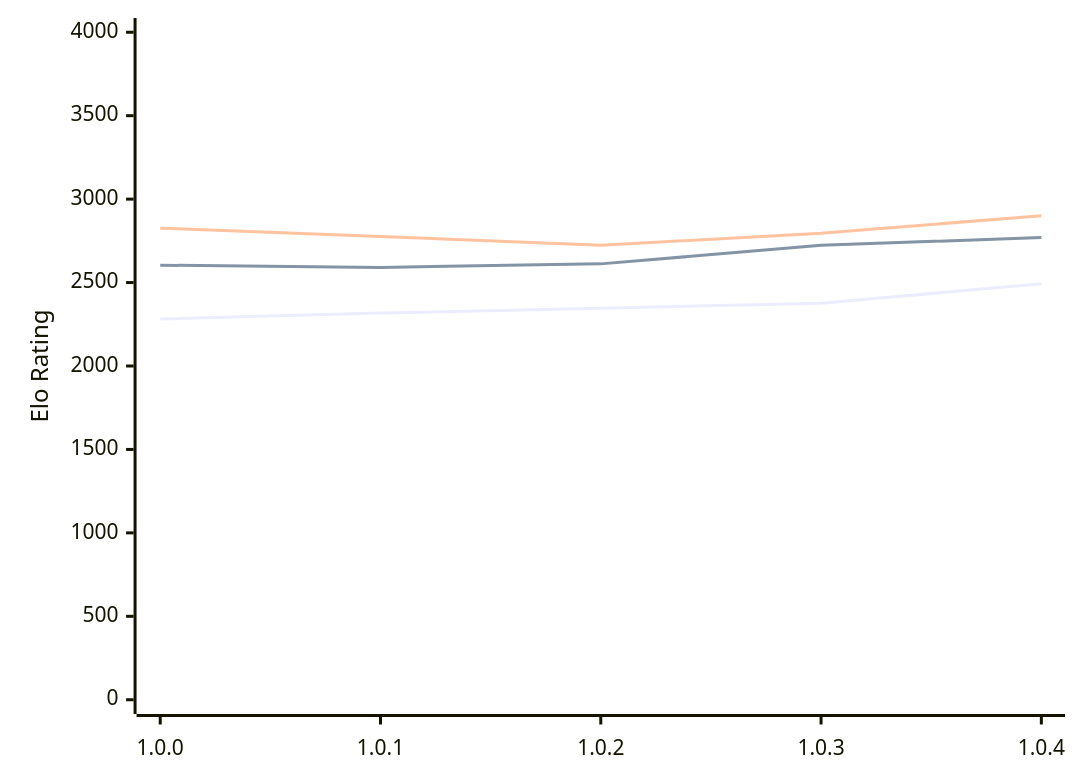
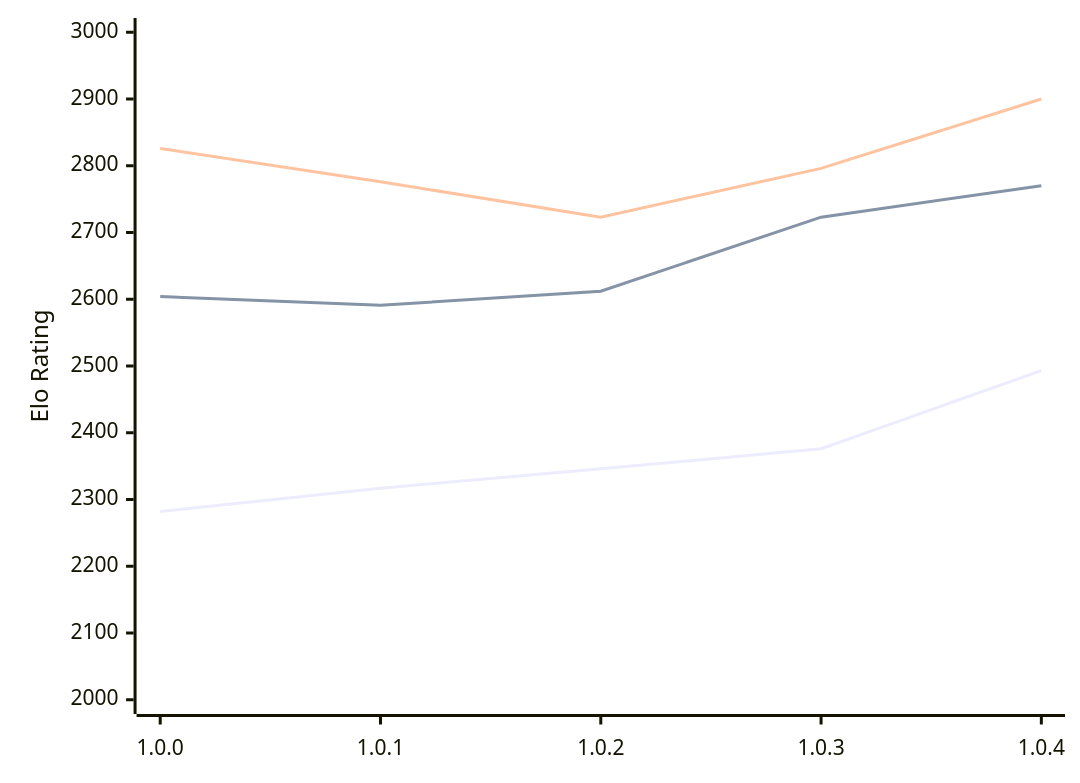
The diagram in engines/Grail.md (computer-chess-index/cci), drawn with Mermaid before and after one commit. The commit also changed other lines of this file, not shown here.

Commit message:
Update CCI Ratings (ELO VLTC) - 2026-02-10

````diff
--- a/engines/Grail.md
+++ b/engines/Grail.md
@@ -32,9 +32,9 @@
 ```mermaid
 %%{init: {"theme":"base","themeVariables":{"seriesColors:['#a3a3a3','#222221','#faa371']}}}%%
 xychart-beta
   x-axis ["1.0.0", "1.0.1", "1.0.2", "1.0.3", "1.0.4"]
-  y-axis "Elo Rating" 0 --> 4000
+  y-axis "Elo Rating" 2000 --> 3000
   line "STC (8.0+0.08s)" [2282, 2317, 2346, 2376, 2493]
   line "LTC (60.0+0.60s)" [2604, 2591, 2612, 2723, 2770]
   line "VLTC (2m24s+1.12s)" [2826, 2776, 2723, 2796, 2900]
 ```
````
